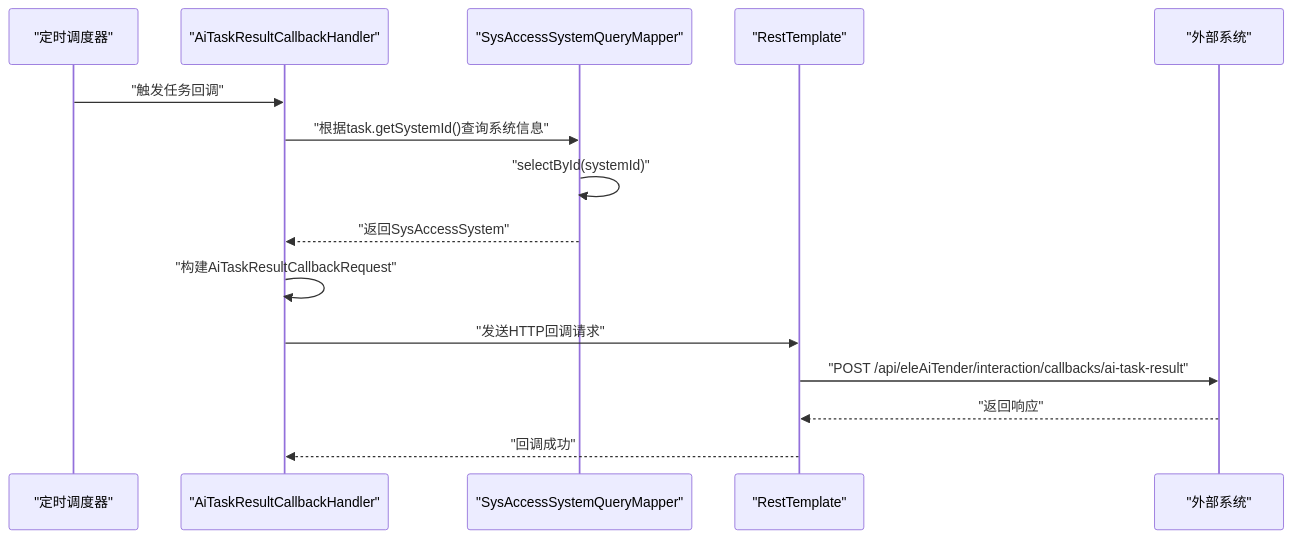
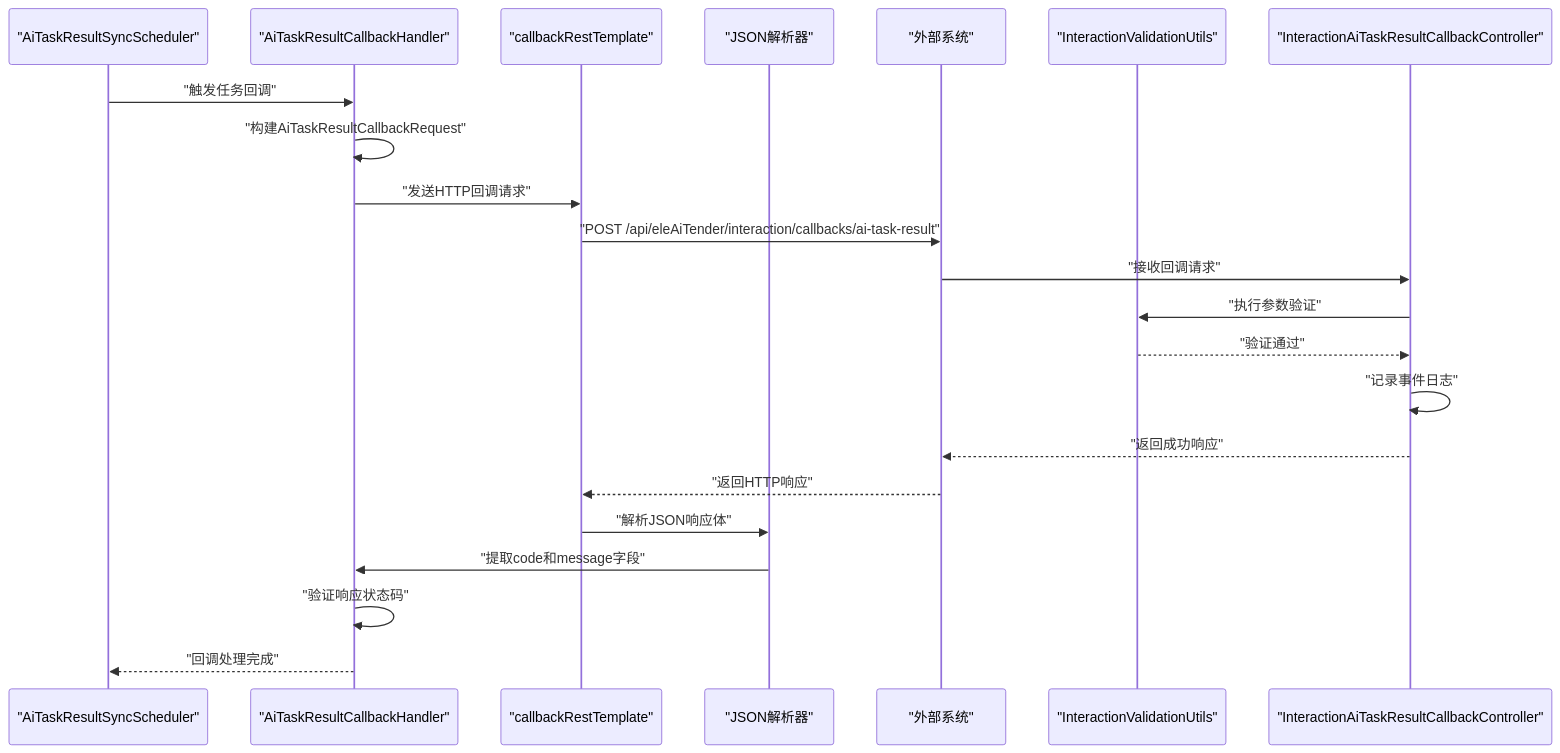
One commit to DrunkFood/First changed the fourth of 5 diagrams in .qoder/repowiki/zh/content/API接口文档/外部系统集成API/外部系统集成API.md. Above: the diagram before and after it, drawn with Mermaid. The commit also changed other lines of this file and 77 other files, not shown here.

````diff
--- a/.qoder/repowiki/zh/content/API接口文档/外部系统集成API/外部系统集成API.md
+++ b/.qoder/repowiki/zh/content/API接口文档/外部系统集成API/外部系统集成API.md
@@ -292,17 +330,24 @@
 ```mermaid
 sequenceDiagram
-participant Scheduler as "定时调度器"
+participant Scheduler as "AiTaskResultSyncScheduler"
 participant Handler as "AiTaskResultCallbackHandler"
-participant Mapper as "SysAccessSystemQueryMapper"
-participant RestTemplate as "RestTemplate"
+participant RestTemplate as "callbackRestTemplate"
+participant ObjectMapper as "JSON解析器"
 participant External as "外部系统"
+participant Validation as "InteractionValidationUtils"
+participant Controller as "InteractionAiTaskResultCallbackController"
 Scheduler->>Handler : "触发任务回调"
-Handler->>Mapper : "根据task.getSystemId()查询系统信息"
-Mapper->>Mapper : "selectById(systemId)"
-Mapper-->>Handler : "返回SysAccessSystem"
 Handler->>Handler : "构建AiTaskResultCallbackRequest"
 Handler->>RestTemplate : "发送HTTP回调请求"
 RestTemplate->>External : "POST /api/eleAiTender/interaction/callbacks/ai-task-result"
-External-->>RestTemplate : "返回响应"
-RestTemplate-->>Handler : "回调成功"
+External->>Controller : "接收回调请求"
+Controller->>Validation : "执行参数验证"
+Validation-->>Controller : "验证通过"
+Controller->>Controller : "记录事件日志"
+Controller-->>External : "返回成功响应"
+External-->>RestTemplate : "返回HTTP响应"
+RestTemplate->>ObjectMapper : "解析JSON响应体"
+ObjectMapper->>Handler : "提取code和message字段"
+Handler->>Handler : "验证响应状态码"
+Handler-->>Scheduler : "回调处理完成"
 ```
````
